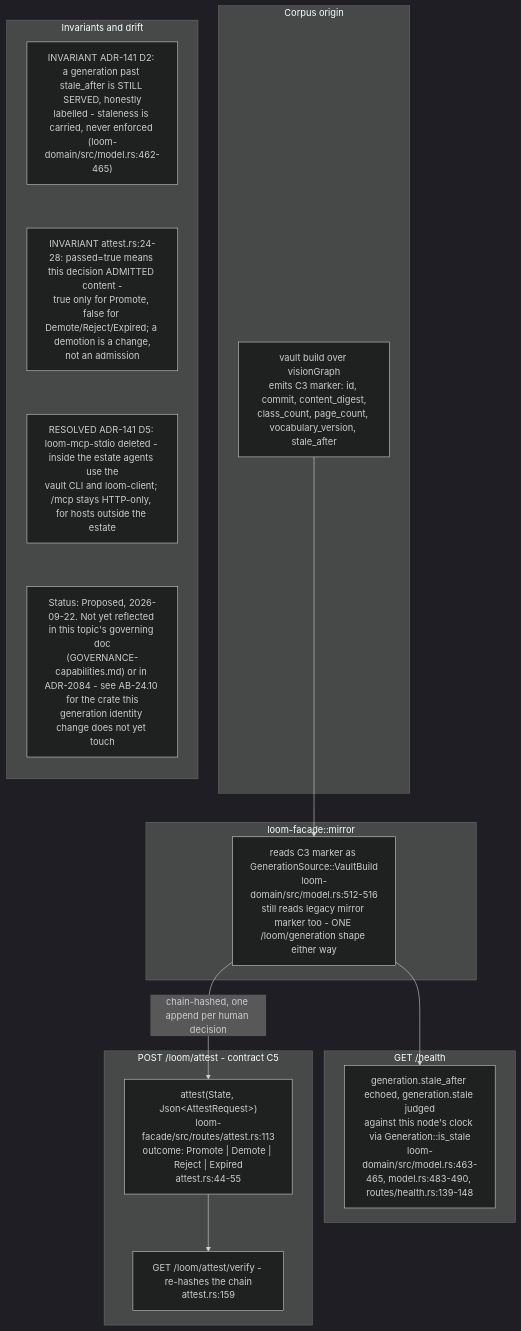
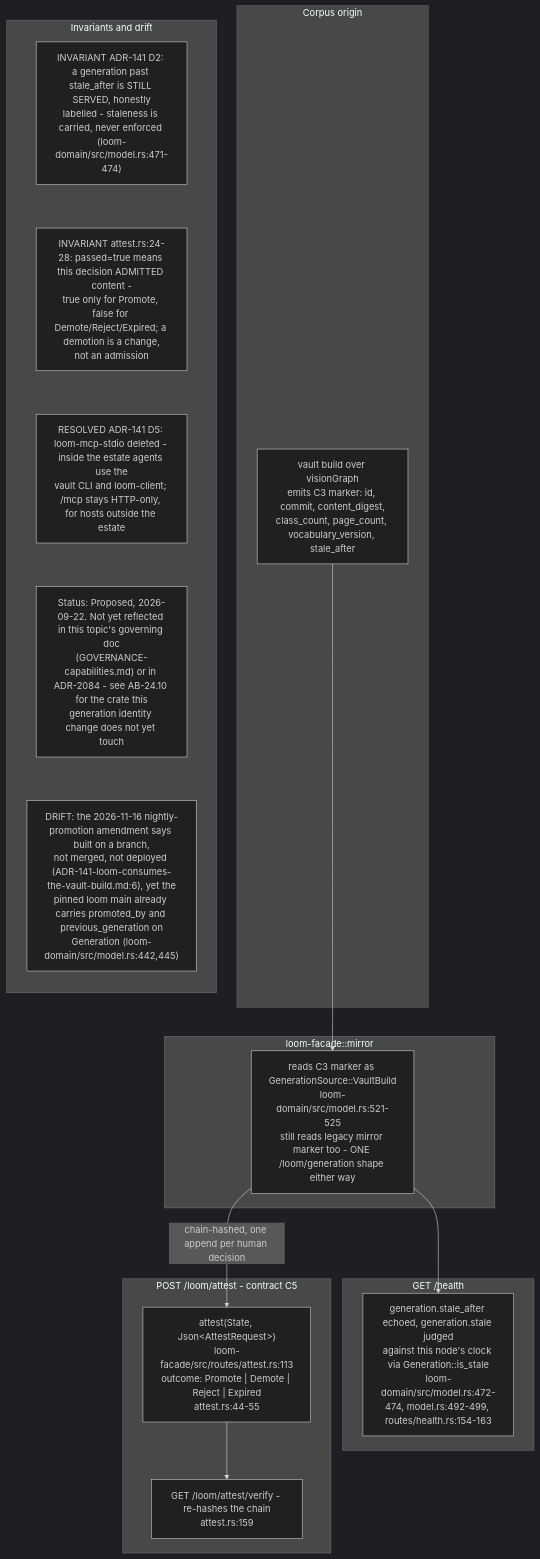
Before and after one commit to DreamLab-AI/VisionFlow: diagram 12 of 14 in docs/diagrams/agentbox/24-loom-facade.md, drawn with Mermaid (dark theme). The commit also changed other lines of this file and 7 other files, not shown here.

````diff
--- a/docs/diagrams/agentbox/24-loom-facade.md
+++ b/docs/diagrams/agentbox/24-loom-facade.md
@@ -465,28 +465,29 @@
 ```mermaid
 flowchart TB
     subgraph build["Corpus origin"]
         VAULT["vault build over visionGraph<br/>emits C3 marker: id, commit, content_digest,<br/>class_count, page_count, vocabulary_version, stale_after"]
     end
     subgraph loom["loom-facade::mirror"]
-        MIR["reads C3 marker as GenerationSource::VaultBuild<br/>loom-domain/src/model.rs:512-516<br/>still reads legacy mirror marker too - ONE /loom/generation shape either way"]
+        MIR["reads C3 marker as GenerationSource::VaultBuild<br/>loom-domain/src/model.rs:521-525<br/>still reads legacy mirror marker too - ONE /loom/generation shape either way"]
     end
     subgraph health["GET /health"]
-        STALE["generation.stale_after echoed, generation.stale judged<br/>against this node's clock via Generation::is_stale<br/>loom-domain/src/model.rs:463-465, model.rs:483-490, routes/health.rs:139-148"]
+        STALE["generation.stale_after echoed, generation.stale judged<br/>against this node's clock via Generation::is_stale<br/>loom-domain/src/model.rs:472-474, model.rs:492-499, routes/health.rs:154-163"]
     end
     subgraph ledger["POST /loom/attest - contract C5"]
         ATT["attest#40;State, Json#60;AttestRequest#62;#41;<br/>loom-facade/src/routes/attest.rs:113<br/>outcome: Promote #124; Demote #124; Reject #124; Expired<br/>attest.rs:44-55"]
         VER["GET /loom/attest/verify - re-hashes the chain<br/>attest.rs:159"]
     end
     VAULT --> MIR
     MIR --> STALE
     MIR -->|"chain-hashed, one append per human decision"| ATT
     ATT --> VER
     subgraph notes["Invariants and drift"]
         direction TB
-        N1["INVARIANT ADR-141 D2: a generation past stale_after is STILL SERVED, honestly<br/>labelled - staleness is carried, never enforced (loom-domain/src/model.rs:462-465)"]
+        N1["INVARIANT ADR-141 D2: a generation past stale_after is STILL SERVED, honestly<br/>labelled - staleness is carried, never enforced (loom-domain/src/model.rs:471-474)"]
         N2["INVARIANT attest.rs:24-28: passed=true means this decision ADMITTED content -<br/>true only for Promote, false for Demote/Reject/Expired; a demotion is a change,<br/>not an admission"]
         N3["RESOLVED ADR-141 D5: loom-mcp-stdio deleted - inside the estate agents use the<br/>vault CLI and loom-client; #47;mcp stays HTTP-only, for hosts outside the estate"]
         N4["Status: Proposed, 2026-09-22. Not yet reflected in this topic's governing doc<br/>(GOVERNANCE-capabilities.md) or in ADR-2084 - see AB-24.10 for the crate this<br/>generation identity change does not yet touch"]
-        N1 ~~~ N2 ~~~ N3 ~~~ N4
+        N5["DRIFT: the 2026-11-16 nightly-promotion amendment says built on a branch,<br/>not merged, not deployed (ADR-141-loom-consumes-the-vault-build.md:6), yet the<br/>pinned loom main already carries promoted_by and previous_generation on<br/>Generation (loom-domain/src/model.rs:442,445)"]
+        N1 ~~~ N2 ~~~ N3 ~~~ N4 ~~~ N5
     end
 ```
````
